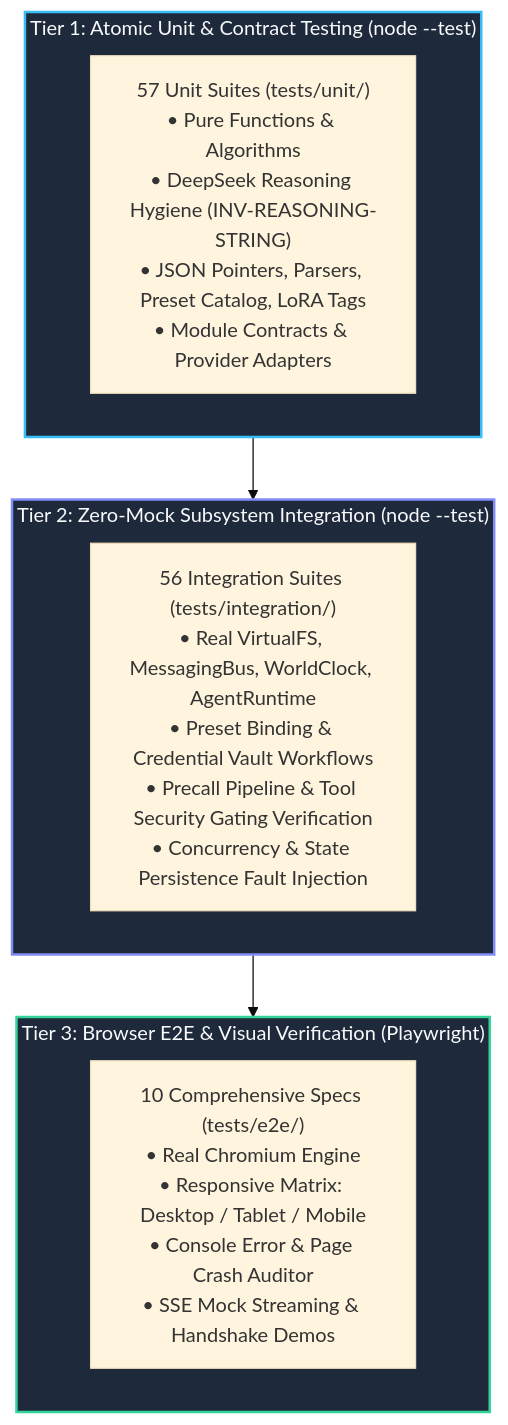
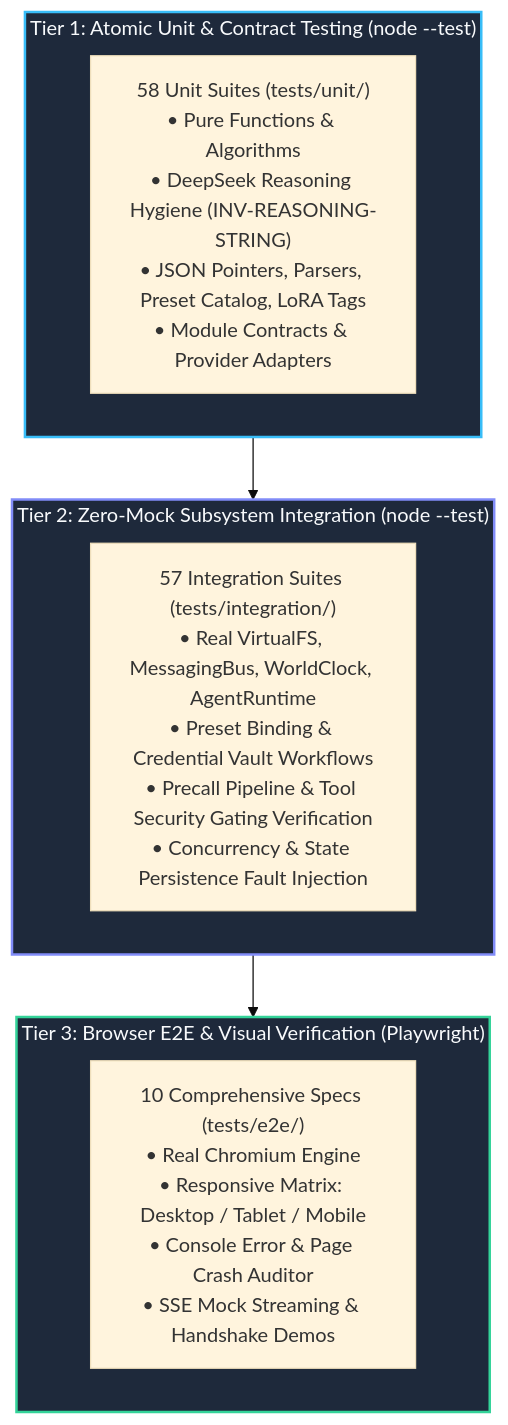
The first of 3 diagrams in docs/testing/testing_strategy.md (crestfallnafterdark/nightcurtain), drawn with Mermaid (base theme) before and after one commit. The commit also changed other lines of this file and 3 other files, not shown here.

Commit message:
docs(testing): final inventory sync to 115 suites; document PREM_LIVE_TESTS (post-S2 batch)

````diff
--- a/docs/testing/testing_strategy.md
+++ b/docs/testing/testing_strategy.md
@@ -15,24 +15,24 @@
 ```mermaid
 graph TD
     subgraph L3["Tier 3: Browser E2E & Visual Verification (Playwright)"]
         E2E["10 Comprehensive Specs (tests/e2e/)<br/>• Real Chromium Engine<br/>• Responsive Matrix: Desktop / Tablet / Mobile<br/>• Console Error & Page Crash Auditor<br/>• SSE Mock Streaming & Handshake Demos"]
     end
 
     subgraph L2["Tier 2: Zero-Mock Subsystem Integration (node --test)"]
-        INT["56 Integration Suites (tests/integration/)<br/>• Real VirtualFS, MessagingBus, WorldClock, AgentRuntime<br/>• Preset Binding & Credential Vault Workflows<br/>• Precall Pipeline & Tool Security Gating Verification<br/>• Concurrency & State Persistence Fault Injection"]
+        INT["57 Integration Suites (tests/integration/)<br/>• Real VirtualFS, MessagingBus, WorldClock, AgentRuntime<br/>• Preset Binding & Credential Vault Workflows<br/>• Precall Pipeline & Tool Security Gating Verification<br/>• Concurrency & State Persistence Fault Injection"]
     end
 
     subgraph L1["Tier 1: Atomic Unit & Contract Testing (node --test)"]
-        UNIT["57 Unit Suites (tests/unit/)<br/>• Pure Functions & Algorithms<br/>• DeepSeek Reasoning Hygiene (INV-REASONING-STRING)<br/>• JSON Pointers, Parsers, Preset Catalog, LoRA Tags<br/>• Module Contracts & Provider Adapters"]
+        UNIT["58 Unit Suites (tests/unit/)<br/>• Pure Functions & Algorithms<br/>• DeepSeek Reasoning Hygiene (INV-REASONING-STRING)<br/>• JSON Pointers, Parsers, Preset Catalog, LoRA Tags<br/>• Module Contracts & Provider Adapters"]
     end
 
     L1 --> L2
     L2 --> L3
 
     classDef l1 fill:#1e293b,stroke:#38bdf8,stroke-width:2px,color:#f8fafc;
     classDef l2 fill:#1e293b,stroke:#818cf8,stroke-width:2px,color:#f8fafc;
     classDef l3 fill:#1e293b,stroke:#34d399,stroke-width:2px,color:#f8fafc;
     class L1 l1;
     class L2 l2;
     class L3 l3;
 ```
````
